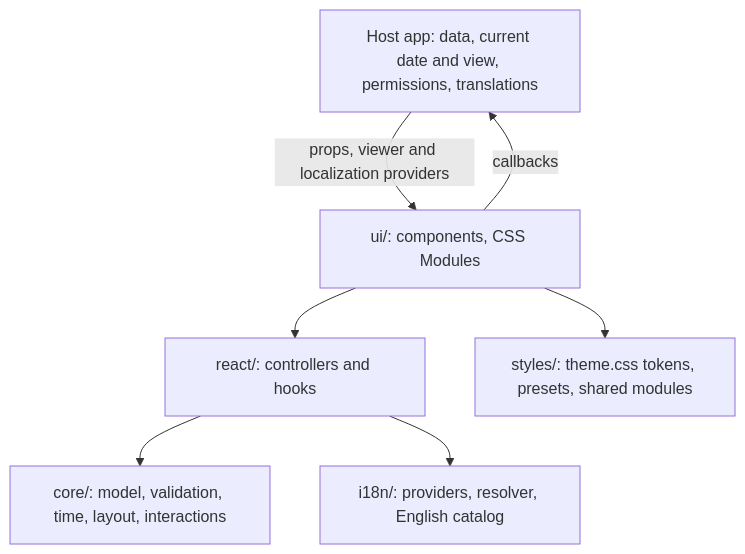
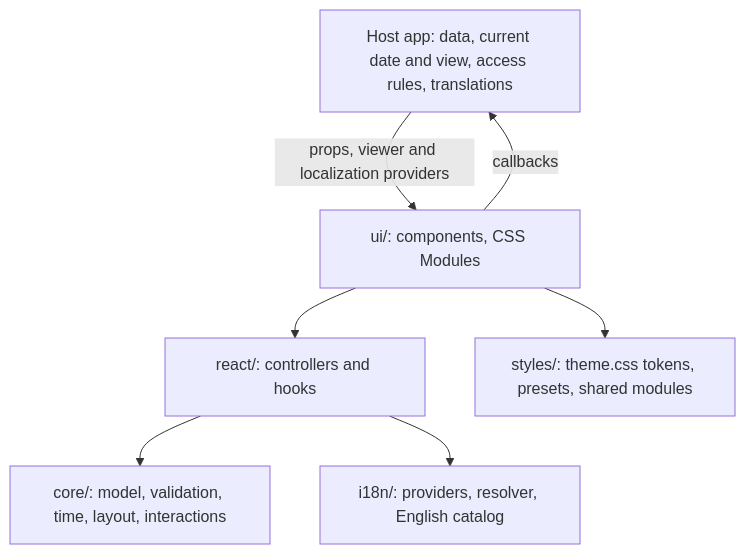
The first of 2 diagrams in template-calendar/packages/calendar-kit/src/docs/architecture.md (ChARCOOL/gears-frontx-templates), drawn with Mermaid before and after one commit. The commit also changed other lines of this file and 102 other files, not shown here.

````diff
--- a/template-calendar/packages/calendar-kit/src/docs/architecture.md
+++ b/template-calendar/packages/calendar-kit/src/docs/architecture.md
@@ -5,16 +5,16 @@
 ```mermaid
 graph TD
-  Host["Host app: data, current date and view, permissions, translations"]
+  Host["Host app: data, current date and view, access rules, translations"]
   UI["ui/: components, CSS Modules"]
   React["react/: controllers and hooks"]
   I18n["i18n/: providers, resolver, English catalog"]
   Core["core/: model, validation, time, layout, interactions"]
   Theme["styles/: theme.css tokens, presets, shared modules"]
 
   Host -->|props, viewer and localization providers| UI
   UI --> React
   UI --> Theme
   React --> Core
   React --> I18n
   UI -->|callbacks| Host
 ```
````
